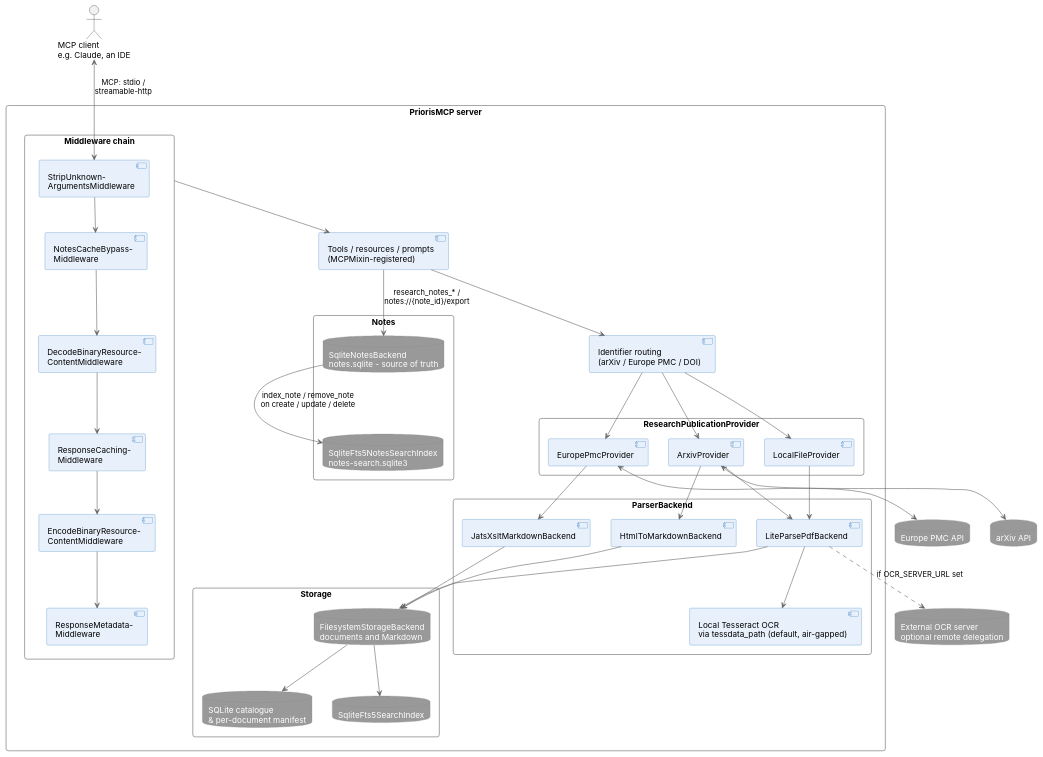
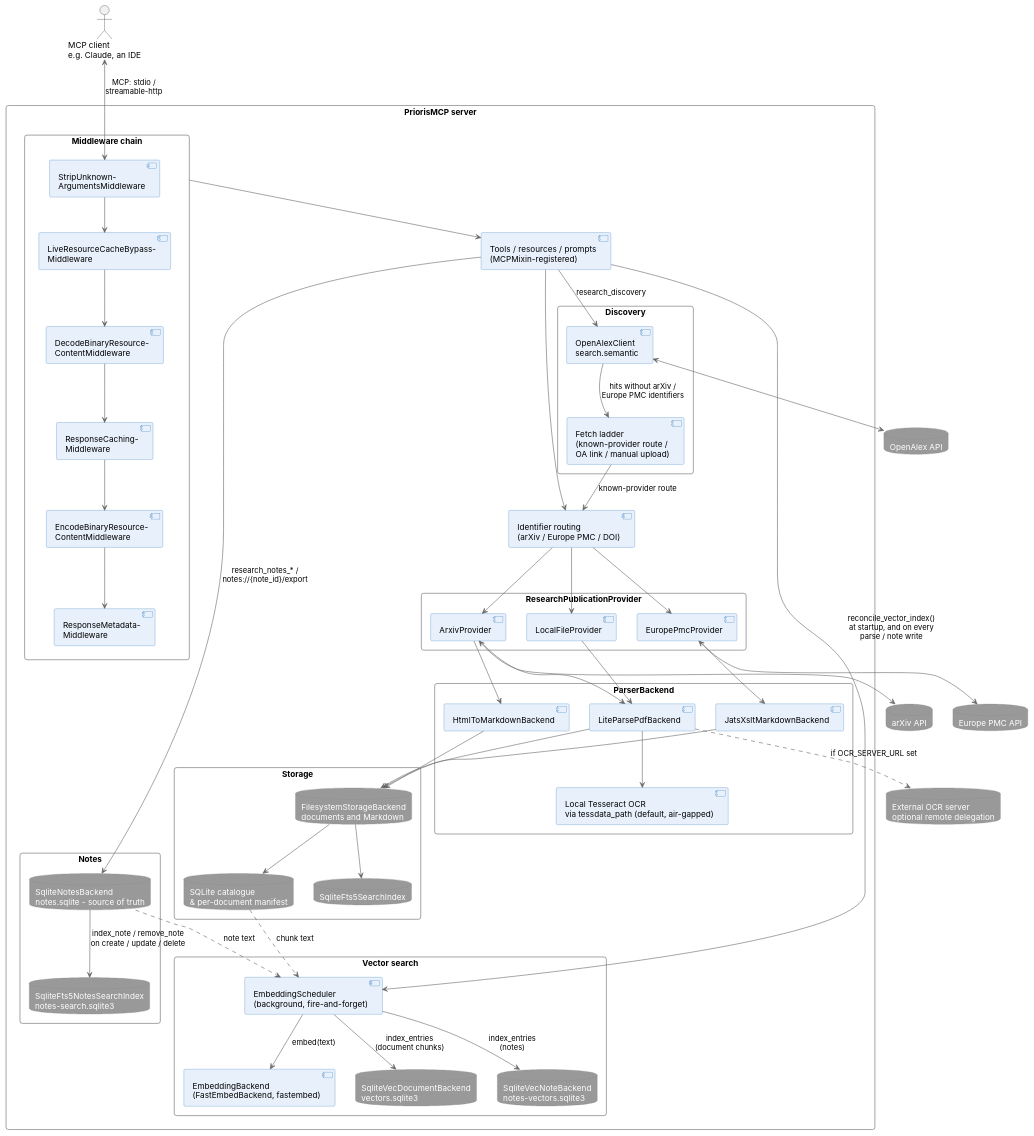
One commit to anirbanbasu/prioris-mcp changed the diagram in diagrams/system-architecture-overview-detailed.puml. Above: the diagram before and after it, drawn with PlantUML. The commit also changed 109 other files, not shown here.

First line of the commit message:
Add vector search, notes, and OpenAlex discovery (#37)

```diff
--- a/diagrams/system-architecture-overview-detailed.puml
+++ b/diagrams/system-architecture-overview-detailed.puml
@@ -1,94 +1,117 @@
 @startuml system-architecture-overview-detailed
 skinparam defaultFontName "Inter"
 skinparam backgroundColor white
 skinparam rectangle {
     RoundCorner 8
     BackgroundColor White
     BorderColor #666666
 }
 skinparam component {
     BackgroundColor #E8F1FB
     BorderColor #3C7FC0
 }
 skinparam database {
     BackgroundColor #999999
     BorderColor #8A8A8A
     FontColor White
 }
 skinparam arrow {
     Color #666666
 }
 
 actor "MCP client\ne.g. Claude, an IDE" as Client
 
 rectangle "PriorisMCP server" as PriorisMCP {
     rectangle "Middleware chain" as MW {
         component "StripUnknown-\nArgumentsMiddleware" as MW1
-        component "NotesCacheBypass-\nMiddleware" as MW2
+        component "LiveResourceCacheBypass-\nMiddleware" as MW2
         component "DecodeBinaryResource-\nContentMiddleware" as MW3
         component "ResponseCaching-\nMiddleware" as MW4
         component "EncodeBinaryResource-\nContentMiddleware" as MW5
         component "ResponseMetadata-\nMiddleware" as MW6
         MW1 --> MW2
         MW2 --> MW3
         MW3 --> MW4
         MW4 --> MW5
         MW5 --> MW6
     }
 
     component "Tools / resources / prompts\n(MCPMixin-registered)" as Core
     component "Identifier routing\n(arXiv / Europe PMC / DOI)" as Router
 
     rectangle "ResearchPublicationProvider" as Providers {
         component "ArxivProvider" as Arxiv
         component "EuropePmcProvider" as EuropePmc
         component "LocalFileProvider" as LocalFile
     }
 
     rectangle "ParserBackend" as Parsers {
         component "LiteParsePdfBackend" as Pdf
         component "HtmlToMarkdownBackend" as Html
         component "JatsXsltMarkdownBackend" as Jats
         component "Local Tesseract OCR\nvia tessdata_path (default, air-gapped)" as Tesseract
     }
 
     rectangle "Storage" as Storage {
         database "FilesystemStorageBackend\ndocuments and Markdown" as FS
         database "SQLite catalogue\n& per-document manifest" as Catalogue
         database "SqliteFts5SearchIndex" as Search
     }
 
     rectangle "Notes" as Notes {
         database "SqliteNotesBackend\nnotes.sqlite - source of truth" as NotesDb
         database "SqliteFts5NotesSearchIndex\nnotes-search.sqlite3" as NotesSearch
     }
 
+    rectangle "Discovery" as Discovery {
+        component "OpenAlexClient\nsearch.semantic" as OpenAlexClient
+        component "Fetch ladder\n(known-provider route /\nOA link / manual upload)" as FetchLadder
+    }
+
+    rectangle "Vector search" as Vector {
+        component "EmbeddingScheduler\n(background, fire-and-forget)" as Sched
+        component "EmbeddingBackend\n(FastEmbedBackend, fastembed)" as Embed
+        database "SqliteVecDocumentBackend\nvectors.sqlite3" as VecDocs
+        database "SqliteVecNoteBackend\nnotes-vectors.sqlite3" as VecNotes
+    }
+
     MW --> Core
     Core --> Router
     Core --> NotesDb : research_notes_* /\nnotes://{note_id}/export
+    Core --> OpenAlexClient : research_discovery
+    Core --> Sched : reconcile_vector_index()\nat startup, and on every\nparse / note write
     Router --> Arxiv
     Router --> EuropePmc
     Router --> LocalFile
     Arxiv --> Pdf
     Arxiv --> Html
     EuropePmc --> Jats
     LocalFile --> Pdf
     Pdf --> Tesseract
     Pdf --> FS
     Html --> FS
     Jats --> FS
     FS --> Catalogue
     FS --> Search
     NotesDb --> NotesSearch : index_note / remove_note\non create / update / delete
+    OpenAlexClient --> FetchLadder : hits without arXiv /\nEurope PMC identifiers
+    FetchLadder --> Router : known-provider route
+    Sched --> Embed : embed(text)
+    Sched --> VecDocs : index_entries\n(document chunks)
+    Sched --> VecNotes : index_entries\n(notes)
+    Catalogue ..> Sched : chunk text
+    NotesDb ..> Sched : note text
 }
 
 database "arXiv API" as ArxivApi
 database "Europe PMC API" as EuropePmcApi
+database "OpenAlex API" as OpenAlexApi
 database "External OCR server\noptional remote delegation" as OcrServer
 
 Client <--> MW1 : MCP: stdio /\nstreamable-http
 Arxiv <--> ArxivApi
 EuropePmc <--> EuropePmcApi
+OpenAlexClient <--> OpenAlexApi
 Pdf ..> OcrServer : if OCR_SERVER_URL set
 
 @enduml
```
